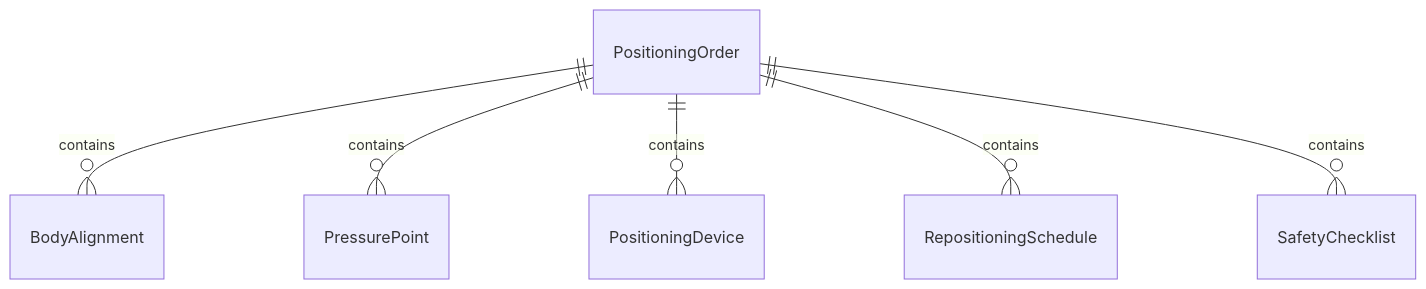
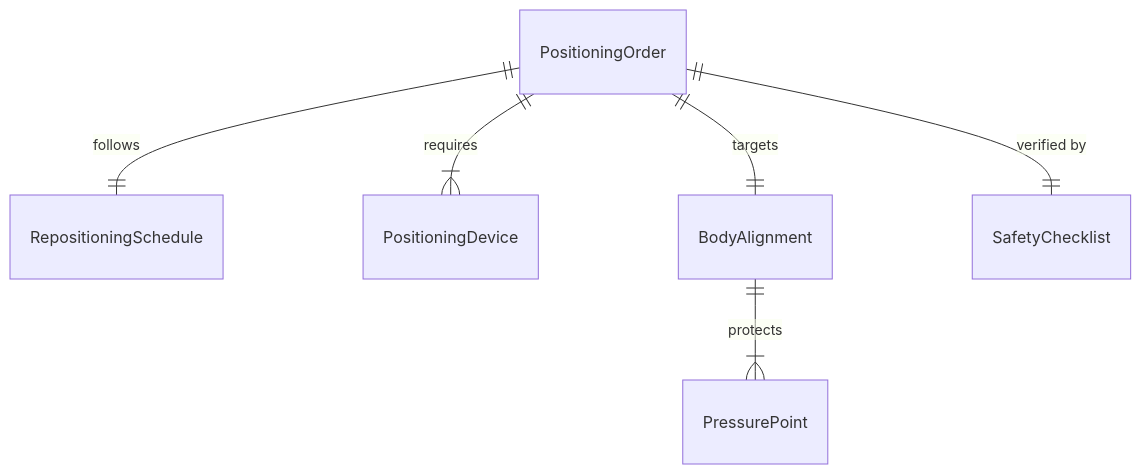
Before and after one commit to dot-org-ai/tasks.org.ai: the first of 4 diagrams in AssistingAndCaringForOthers/AssistHealthcarePractitionersDuringMedicalProcedures/AdjustPositionsPatientsBedsTables.mdx, drawn with Mermaid. The commit also changed other lines of this file and 32 other files, not shown here.

First line of the commit message:
fix: Improve ER and State diagrams in 32 AssistingAndCaringForOthers DWA files

````diff
--- a/AssistingAndCaringForOthers/AssistHealthcarePractitionersDuringMedicalProcedures/AdjustPositionsPatientsBedsTables.mdx
+++ b/AssistingAndCaringForOthers/AssistHealthcarePractitionersDuringMedicalProcedures/AdjustPositionsPatientsBedsTables.mdx
@@ -86,8 +86,8 @@
 ```mermaid
 erDiagram
-    PositioningOrder ||--o{ BodyAlignment : contains
-    PositioningOrder ||--o{ PressurePoint : contains
-    PositioningOrder ||--o{ PositioningDevice : contains
-    PositioningOrder ||--o{ RepositioningSchedule : contains
-    PositioningOrder ||--o{ SafetyChecklist : contains
+    PositioningOrder ||--|| RepositioningSchedule : follows
+    PositioningOrder ||--|{ PositioningDevice : requires
+    PositioningOrder ||--|| BodyAlignment : targets
+    BodyAlignment ||--|{ PressurePoint : protects
+    PositioningOrder ||--|| SafetyChecklist : "verified by"
 ```
````
